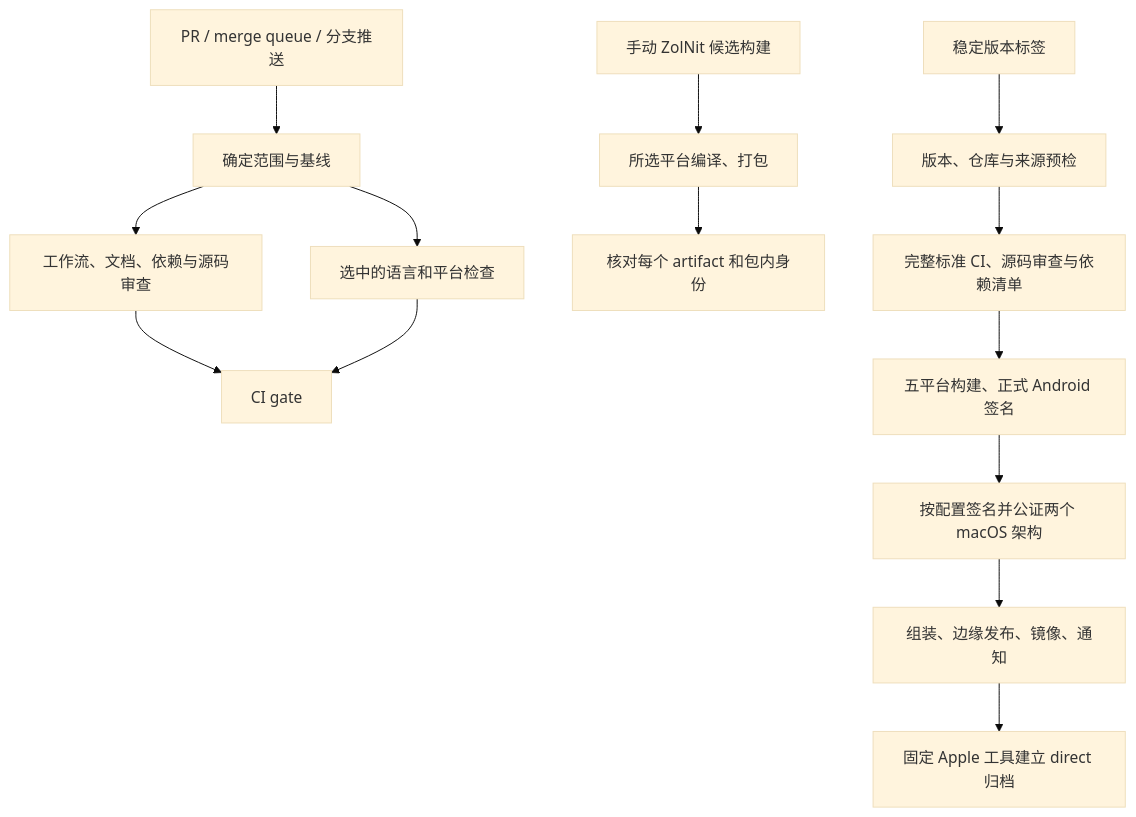
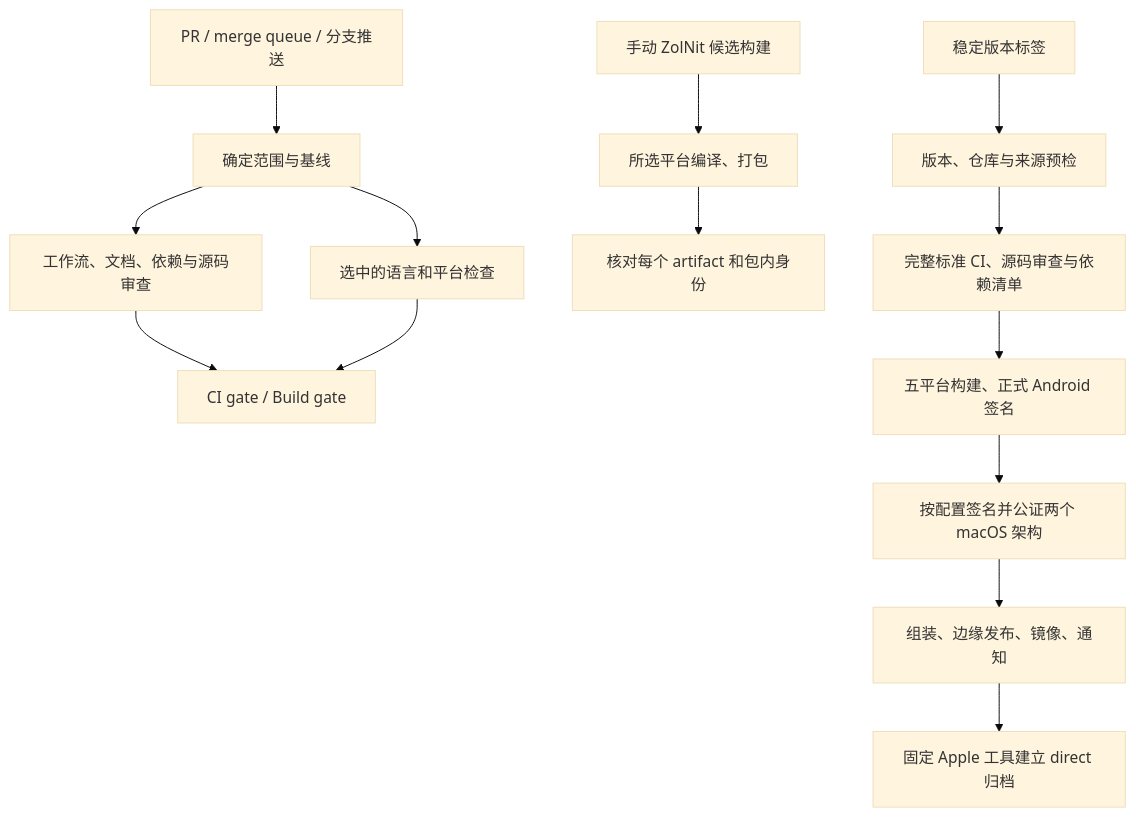
One commit to Zolmid/FlClash changed the diagram in docs/maintenance/ci-workflow.md. Above: the diagram before and after it, drawn with Mermaid (base theme). The commit also changed other lines of this file and 2 other files, not shown here.

````diff
--- a/docs/maintenance/ci-workflow.md
+++ b/docs/maintenance/ci-workflow.md
@@ -5,16 +5,16 @@
 ```mermaid
 flowchart TD
   PR[PR / merge queue / 分支推送] --> Select[确定范围与基线]
   Select --> Review[工作流、文档、依赖与源码审查]
   Select --> Tests[选中的语言和平台检查]
-  Review --> Gate[CI gate]
+  Review --> Gate[CI gate / Build gate]
   Tests --> Gate
   Manual[手动 ZolNit 候选构建] --> Matrix[所选平台编译、打包]
   Matrix --> Verify[核对每个 artifact 和包内身份]
   Tag[稳定版本标签] --> Pre[版本、仓库与来源预检]
   Pre --> Full[完整标准 CI、源码审查与依赖清单]
   Full --> ReleaseBuild[五平台构建、正式 Android 签名]
   ReleaseBuild --> Notary[按配置签名并公证两个 macOS 架构]
   Notary --> Publish[组装、边缘发布、镜像、通知]
   Publish --> Apple[固定 Apple 工具建立 direct 归档]
 ```
````
